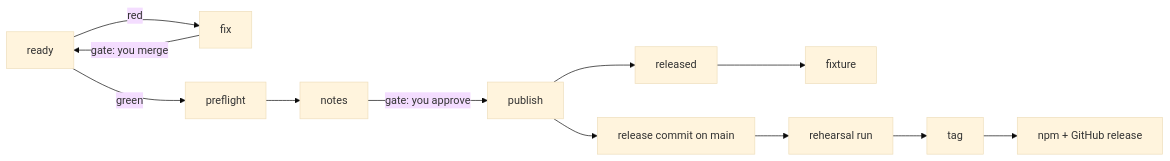
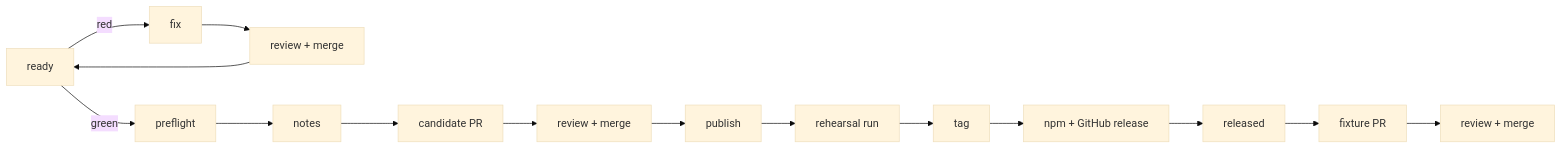
Before and after one commit to marvingygas/spoolway: the diagram in docs/releasing.md, drawn with Mermaid (base theme). The commit also changed other lines of this file and 14 other files, not shown here.

````diff
--- a/docs/releasing.md
+++ b/docs/releasing.md
@@ -8,6 +7,6 @@
 ```mermaid
 flowchart LR
-  R[ready] -->|red| X[fix] -->|gate: you merge| R
-  R -->|green| A[preflight] --> B[notes] -->|gate: you approve| C[publish] --> V[released] --> Z[fixture]
-  C --> D[release commit on main] --> E[rehearsal run] --> F[tag] --> G[npm + GitHub release]
+  R[ready] -->|red| X[fix] --> M[review + merge] --> R
+  R -->|green| A[preflight] --> B[notes] --> C[candidate PR] --> N[review + merge] --> P[publish]
+  P --> E[rehearsal run] --> F[tag] --> G[npm + GitHub release] --> V[released] --> Z[fixture PR] --> Q[review + merge]
 ```
````
